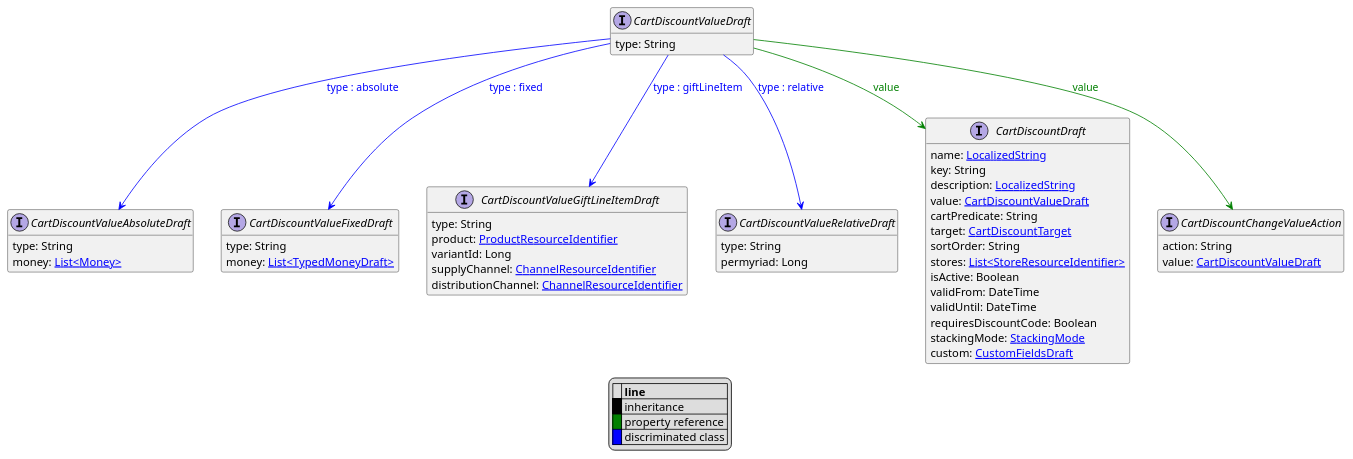
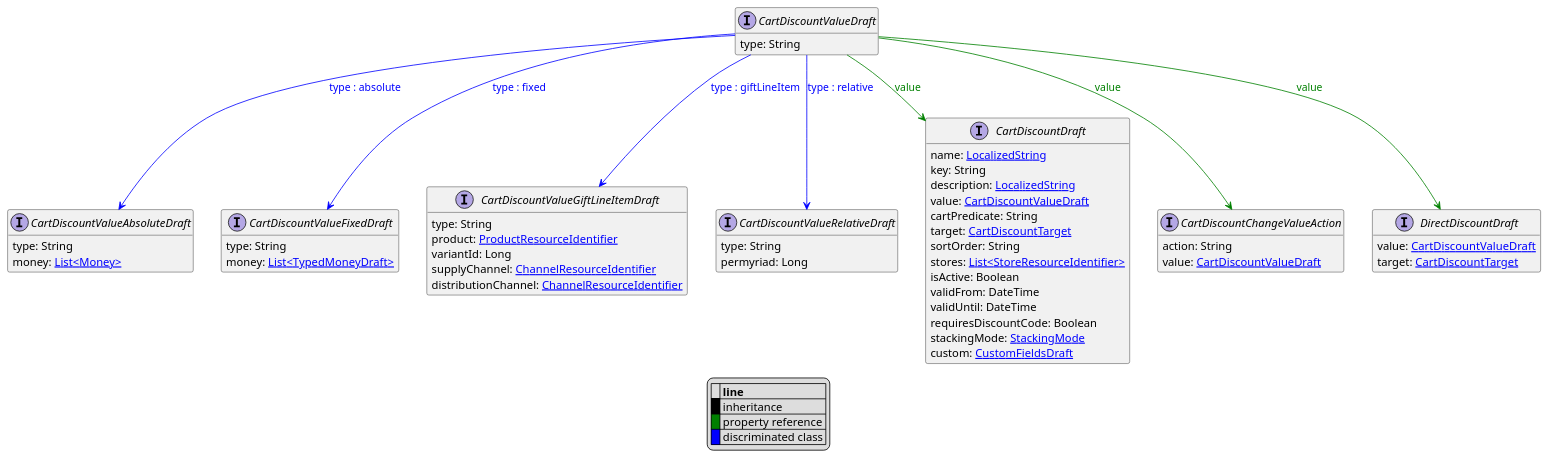
Before and after one commit to commercetools/commercetools-api-reference: the diagram in uml/api/CartDiscountValueDraft.puml, drawn with PlantUML. The commit also changed 8 other files, not shown here.

```diff
--- a/uml/api/CartDiscountValueDraft.puml
+++ b/uml/api/CartDiscountValueDraft.puml
@@ -1,61 +1,66 @@
 @startuml
 
 hide empty fields
 hide empty methods
 legend
 |= |= line |
 |<back:black>   </back>| inheritance |
 |<back:green>   </back>| property reference |
 |<back:blue>   </back>| discriminated class |
 endlegend
 interface CartDiscountValueDraft [[CartDiscountValueDraft.svg]]  {
     type: String
 }
 
 
 interface CartDiscountValueAbsoluteDraft [[CartDiscountValueAbsoluteDraft.svg]]  {
     type: String
     money: [[Money.svg List<Money>]]
 }
 interface CartDiscountValueFixedDraft [[CartDiscountValueFixedDraft.svg]]  {
     type: String
     money: [[TypedMoneyDraft.svg List<TypedMoneyDraft>]]
 }
 interface CartDiscountValueGiftLineItemDraft [[CartDiscountValueGiftLineItemDraft.svg]]  {
     type: String
     product: [[ProductResourceIdentifier.svg ProductResourceIdentifier]]
     variantId: Long
     supplyChannel: [[ChannelResourceIdentifier.svg ChannelResourceIdentifier]]
     distributionChannel: [[ChannelResourceIdentifier.svg ChannelResourceIdentifier]]
 }
 interface CartDiscountValueRelativeDraft [[CartDiscountValueRelativeDraft.svg]]  {
     type: String
     permyriad: Long
 }
 interface CartDiscountDraft [[CartDiscountDraft.svg]]  {
     name: [[LocalizedString.svg LocalizedString]]
     key: String
     description: [[LocalizedString.svg LocalizedString]]
     value: [[CartDiscountValueDraft.svg CartDiscountValueDraft]]
     cartPredicate: String
     target: [[CartDiscountTarget.svg CartDiscountTarget]]
     sortOrder: String
     stores: [[StoreResourceIdentifier.svg List<StoreResourceIdentifier>]]
     isActive: Boolean
     validFrom: DateTime
     validUntil: DateTime
     requiresDiscountCode: Boolean
     stackingMode: [[StackingMode.svg StackingMode]]
     custom: [[CustomFieldsDraft.svg CustomFieldsDraft]]
 }
 interface CartDiscountChangeValueAction [[CartDiscountChangeValueAction.svg]]  {
     action: String
     value: [[CartDiscountValueDraft.svg CartDiscountValueDraft]]
 }
+interface DirectDiscountDraft [[DirectDiscountDraft.svg]]  {
+    value: [[CartDiscountValueDraft.svg CartDiscountValueDraft]]
+    target: [[CartDiscountTarget.svg CartDiscountTarget]]
+}
 CartDiscountValueDraft --> CartDiscountValueAbsoluteDraft #blue;text:blue : "type : absolute"
 CartDiscountValueDraft --> CartDiscountValueFixedDraft #blue;text:blue : "type : fixed"
 CartDiscountValueDraft --> CartDiscountValueGiftLineItemDraft #blue;text:blue : "type : giftLineItem"
 CartDiscountValueDraft --> CartDiscountValueRelativeDraft #blue;text:blue : "type : relative"
 CartDiscountValueDraft --> CartDiscountDraft #green;text:green : "value"
 CartDiscountValueDraft --> CartDiscountChangeValueAction #green;text:green : "value"
+CartDiscountValueDraft --> DirectDiscountDraft #green;text:green : "value"
 @enduml
```
